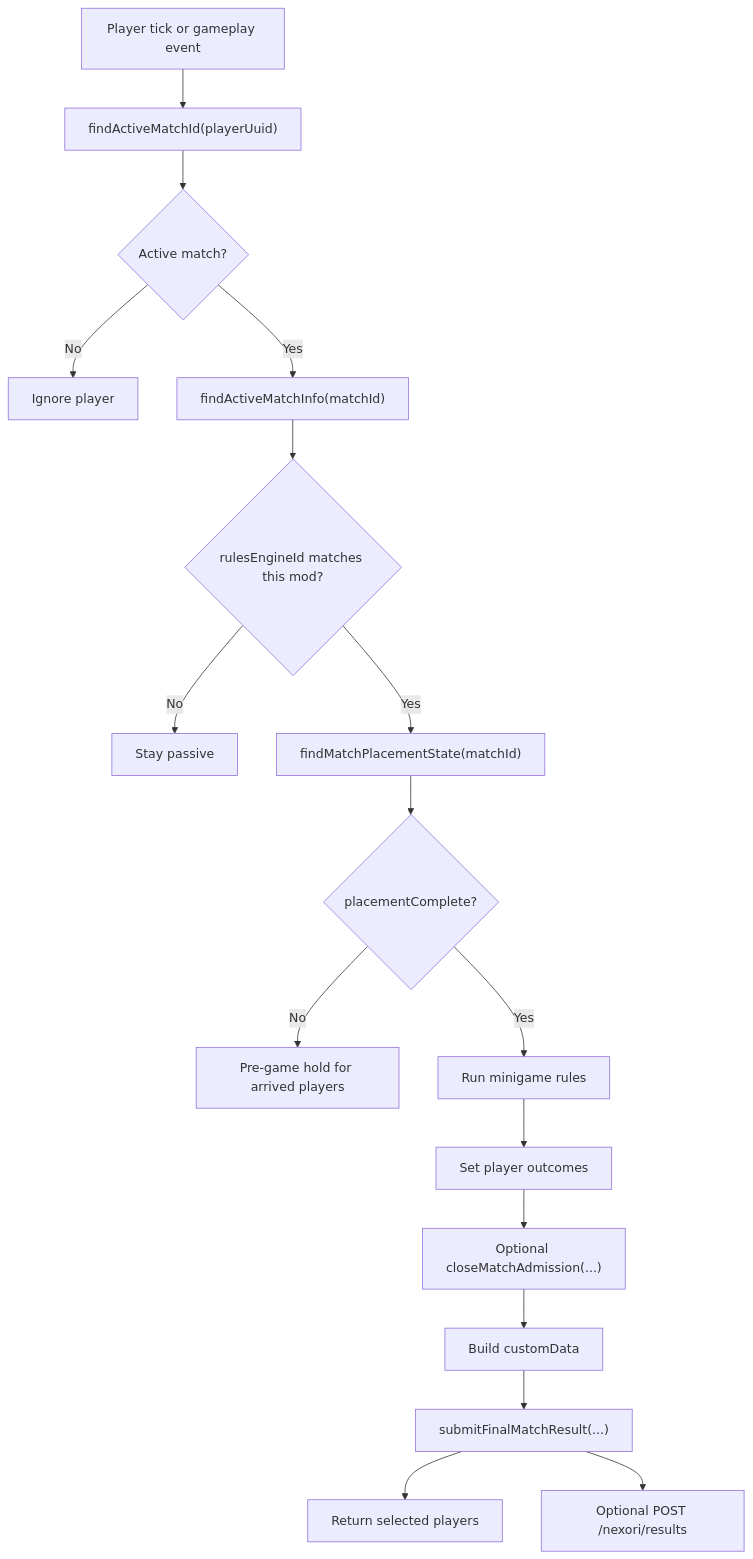
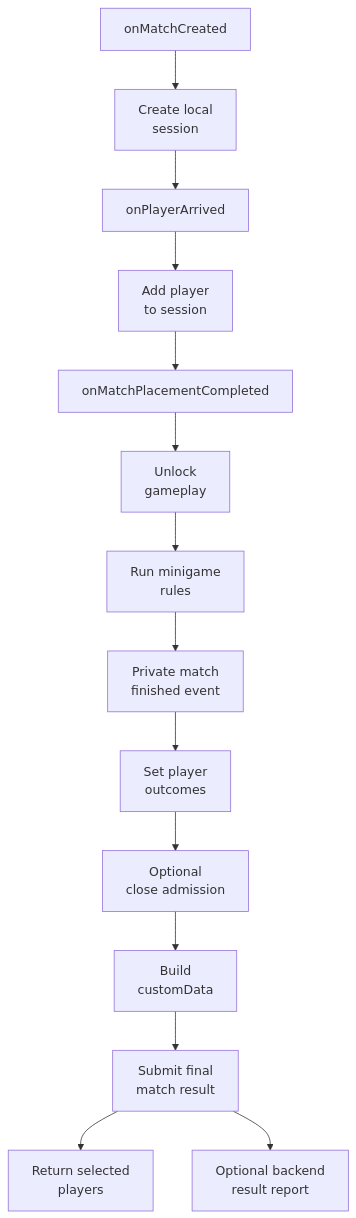
The diagram in docs/public-api/recommended-flow.md (hyjn-nexori/nexori-docs), drawn with Mermaid before and after one commit. The commit also changed other lines of this file and 11 other files, not shown here.

First line of the commit message:
Document Nexori API 2.4.0 minigame integration

````diff
--- a/docs/public-api/recommended-flow.md
+++ b/docs/public-api/recommended-flow.md
@@ -5,19 +7,16 @@
 ```mermaid
 flowchart TD
-    A["Player tick or gameplay event"] --> B["findActiveMatchId(playerUuid)"]
-    B --> C{"Active match?"}
-    C -- "No" --> D["Ignore player"]
-    C -- "Yes" --> E["findActiveMatchInfo(matchId)"]
-    E --> F{"rulesEngineId matches this mod?"}
-    F -- "No" --> G["Stay passive"]
-    F -- "Yes" --> I["findMatchPlacementState(matchId)"]
-    I --> J{"placementComplete?"}
-    J -- "No" --> K["Pre-game hold for arrived players"]
-    J -- "Yes" --> L["Run minigame rules"]
-    L --> M["Set player outcomes"]
-    M --> N["Optional closeMatchAdmission(...)"]
-    N --> O["Build customData"]
-    O --> P["submitFinalMatchResult(...)"]
-    P --> Q["Return selected players"]
-    P --> R["Optional POST /nexori/results"]
+    A["onMatchCreated"] --> B["Create local<br/>session"]
+    B --> C["onPlayerArrived"]
+    C --> D["Add player<br/>to session"]
+    D --> E["onMatchPlacementCompleted"]
+    E --> F["Unlock<br/>gameplay"]
+    F --> G["Run minigame<br/>rules"]
+    G --> H["Private match<br/>finished event"]
+    H --> I["Set player<br/>outcomes"]
+    I --> J["Optional<br/>close admission"]
+    J --> K["Build<br/>customData"]
+    K --> L["Submit final<br/>match result"]
+    L --> M["Return selected<br/>players"]
+    L --> N["Optional backend<br/>result report"]
 ```
````
